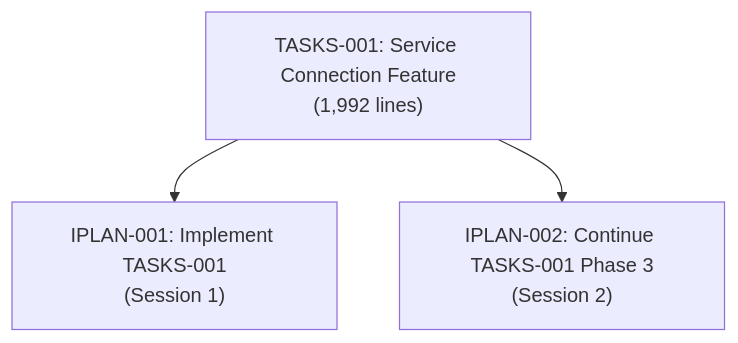
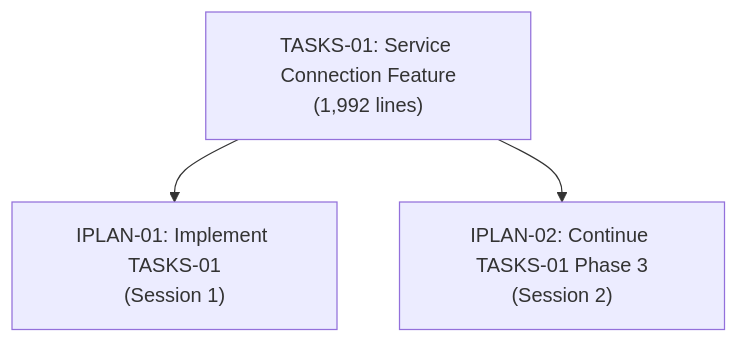
One commit to vladm3105/aidoc-flow-framework changed the first of 2 diagrams in ai_dev_flow/IPLAN/README.md. Above: the diagram before and after it, drawn with Mermaid. The commit also changed other lines of this file and 215 other files, not shown here.

````diff
--- a/ai_dev_flow/IPLAN/README.md
+++ b/ai_dev_flow/IPLAN/README.md
@@ -552,9 +552,9 @@
 ```mermaid
 flowchart TB
-    TASKS["TASKS-001: Service Connection Feature<br/>(1,992 lines)"]
-    IPLAN1["IPLAN-001: Implement TASKS-001<br/>(Session 1)"]
-    IPLAN2["IPLAN-002: Continue TASKS-001 Phase 3<br/>(Session 2)"]
+    TASKS["TASKS-01: Service Connection Feature<br/>(1,992 lines)"]
+    IPLAN1["IPLAN-01: Implement TASKS-01<br/>(Session 1)"]
+    IPLAN2["IPLAN-02: Continue TASKS-01 Phase 3<br/>(Session 2)"]
 
     TASKS --> IPLAN1
     TASKS --> IPLAN2
 ```
````
